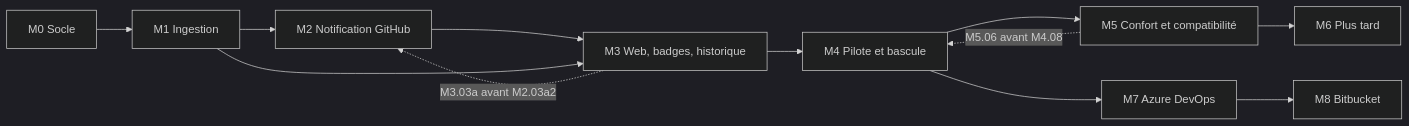
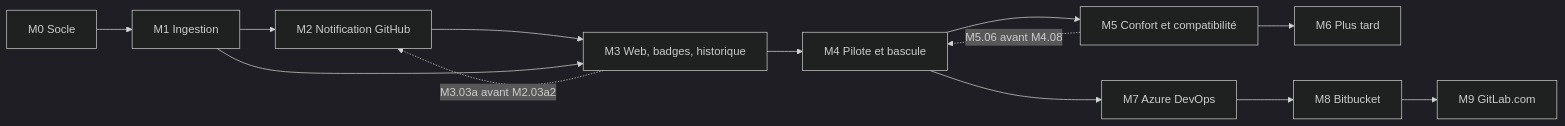
One commit to gaetanthouvenin/code-coverage changed the first of 6 diagrams in docs/PLAN.md. Above: the diagram before and after it, drawn with Mermaid (dark theme). The commit also changed other lines of this file and 1 other file, not shown here.

First line of the commit message:
docs: 📝 Add GitLab to the forges

````diff
--- a/docs/PLAN.md
+++ b/docs/PLAN.md
@@ -121,14 +122,15 @@
 ```mermaid
 graph LR
   M0["M0 Socle"] --> M1["M1 Ingestion"]
   M1 --> M2["M2 Notification GitHub"]
   M2 --> M3["M3 Web, badges, historique"]
   M1 --> M3
   M3 --> M4["M4 Pilote et bascule"]
   M4 --> M5["M5 Confort et compatibilité"]
   M5 -. "M5.06 avant M4.08" .-> M4
   M3 -. "M3.03a avant M2.03a2" .-> M2
   M5 --> M6["M6 Plus tard"]
   M4 --> M7["M7 Azure DevOps"]
   M7 --> M8["M8 Bitbucket"]
+  M8 --> M9["M9 GitLab.com"]
 ```
````
